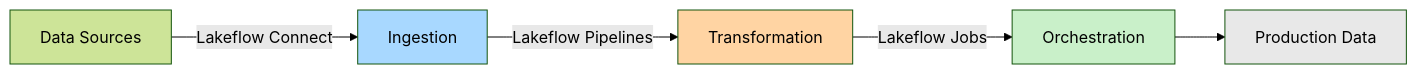
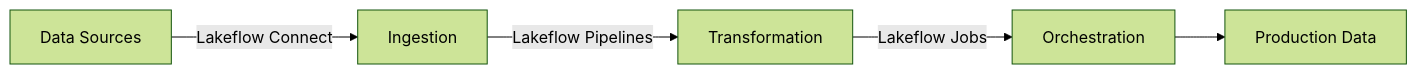
The first of 8 diagrams in Technical Guideline Ops/Databricks Best-Practices/Lakeflow ETL Guide.md (PlainsightPro/Vision-Playbook), drawn with Mermaid (forest theme) before and after one commit. The commit also changed other lines of this file and 40 other files, not shown here.

````diff
--- a/Technical Guideline Ops/Databricks Best-Practices/Lakeflow ETL Guide.md
+++ b/Technical Guideline Ops/Databricks Best-Practices/Lakeflow ETL Guide.md
@@ -12,13 +12,9 @@
 ```mermaid
 %%{init: { "flowchart": { "useMaxWidth": true } } }%%
 flowchart LR
     A[Data Sources] -->|Lakeflow Connect| B[Ingestion]
     B -->|Lakeflow Pipelines| C[Transformation]
     C -->|Lakeflow Jobs| D[Orchestration]
     D --> E[Production Data]
     
-    style B fill:#a8d8ff
-    style C fill:#ffd4a3
-    style D fill:#c9f0c9
-    style E fill:#e8e8e8
 ```
````
